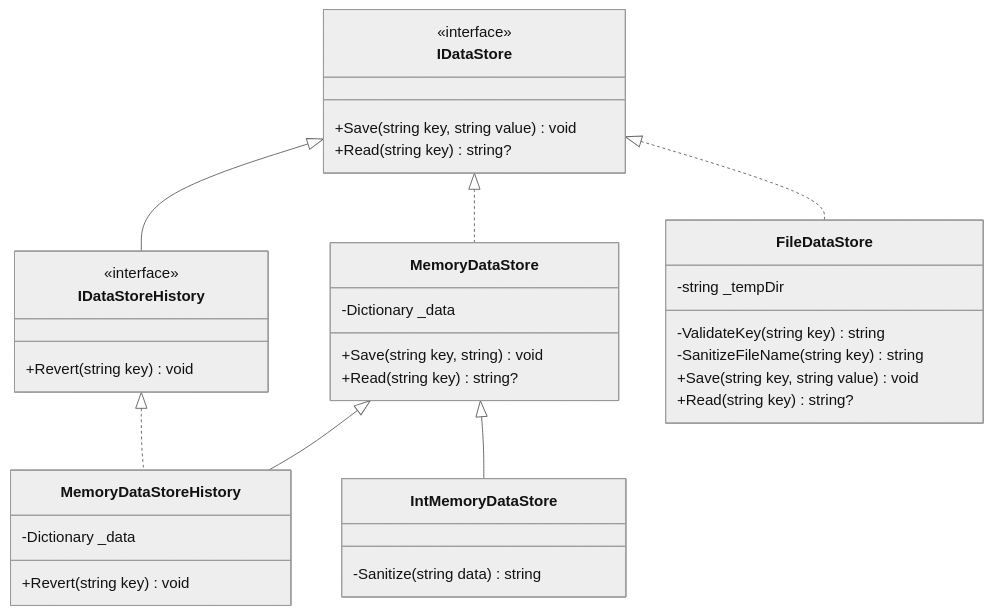
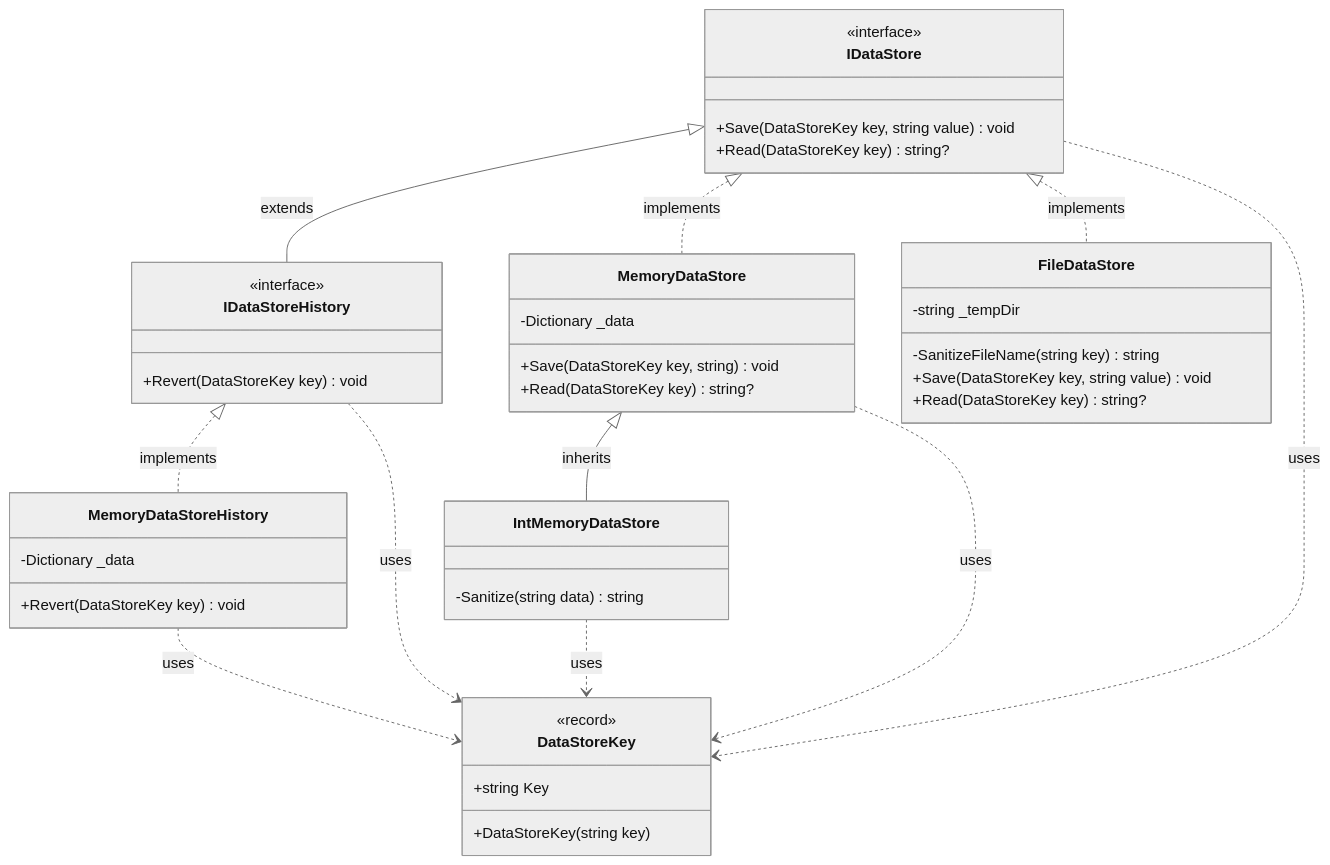
One commit to Raagam-Parmar/Behavioural-Subtyping changed the diagram in README.md. Above: the diagram before and after it, drawn with Mermaid (neutral theme). The commit also changed other lines of this file, not shown here.

````diff
--- a/README.md
+++ b/README.md
@@ -97,44 +97,55 @@
 ```mermaid
 classDiagram
+    class DataStoreKey {
+        <<record>>
+        +string Key
+        +DataStoreKey(string key)
+    }
+
     class IDataStore {
         <<interface>>
-        +Save(string key, string value) void
-        +Read(string key) string?
+        +Save(DataStoreKey key, string value) void
+        +Read(DataStoreKey key) string?
     }
 
     class IDataStoreHistory {
         <<interface>>
-        +Revert(string key) void
+        +Revert(DataStoreKey key) void
     }
 
     class MemoryDataStore {
         -Dictionary _data
-        +Save(string key, string) void
-        +Read(string key) string?
+        +Save(DataStoreKey key, string) void
+        +Read(DataStoreKey key) string?
     }
 
     class FileDataStore {
         -string _tempDir
-        -ValidateKey(string key) string
         -SanitizeFileName(string key) string
-        +Save(string key, string value) void
-        +Read(string key) string?
+        +Save(DataStoreKey key, string value) void
+        +Read(DataStoreKey key) string?
     }
 
     class MemoryDataStoreHistory {
         -Dictionary _data
-        +Revert(string key) void
+        +Revert(DataStoreKey key) void
     }
 
     class IntMemoryDataStore {
         -Sanitize(string data) string
     }
 
     %% Relationships
-    IDataStore <|-- IDataStoreHistory
-    IDataStore <|.. MemoryDataStore
-    IDataStore <|.. FileDataStore
-    IDataStoreHistory <|.. MemoryDataStoreHistory
-    MemoryDataStore <|-- MemoryDataStoreHistory
-    MemoryDataStore <|-- IntMemoryDataStore
+    IDataStore <|-- IDataStoreHistory : extends
+    IDataStore <|.. MemoryDataStore : implements
+    IDataStore <|.. FileDataStore : implements
+    IDataStoreHistory <|.. MemoryDataStoreHistory : implements
+    MemoryDataStore <|-- IntMemoryDataStore : inherits
+
+    %% Uses
+    IDataStore ..> DataStoreKey : uses
+    IDataStoreHistory ..> DataStoreKey : uses
+    MemoryDataStore ..> DataStoreKey : uses
+    MemoryDataStoreHistory ..> DataStoreKey : uses
+    IntMemoryDataStore ..> DataStoreKey : uses
 ```
````
